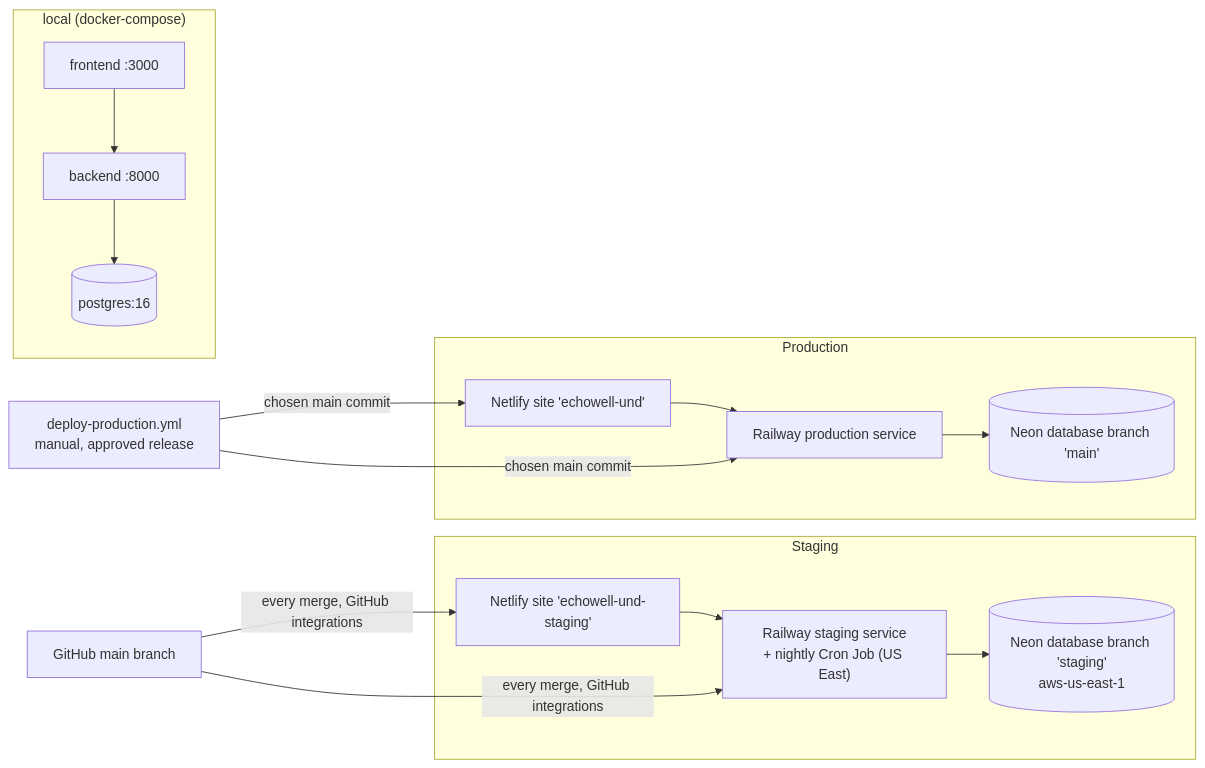
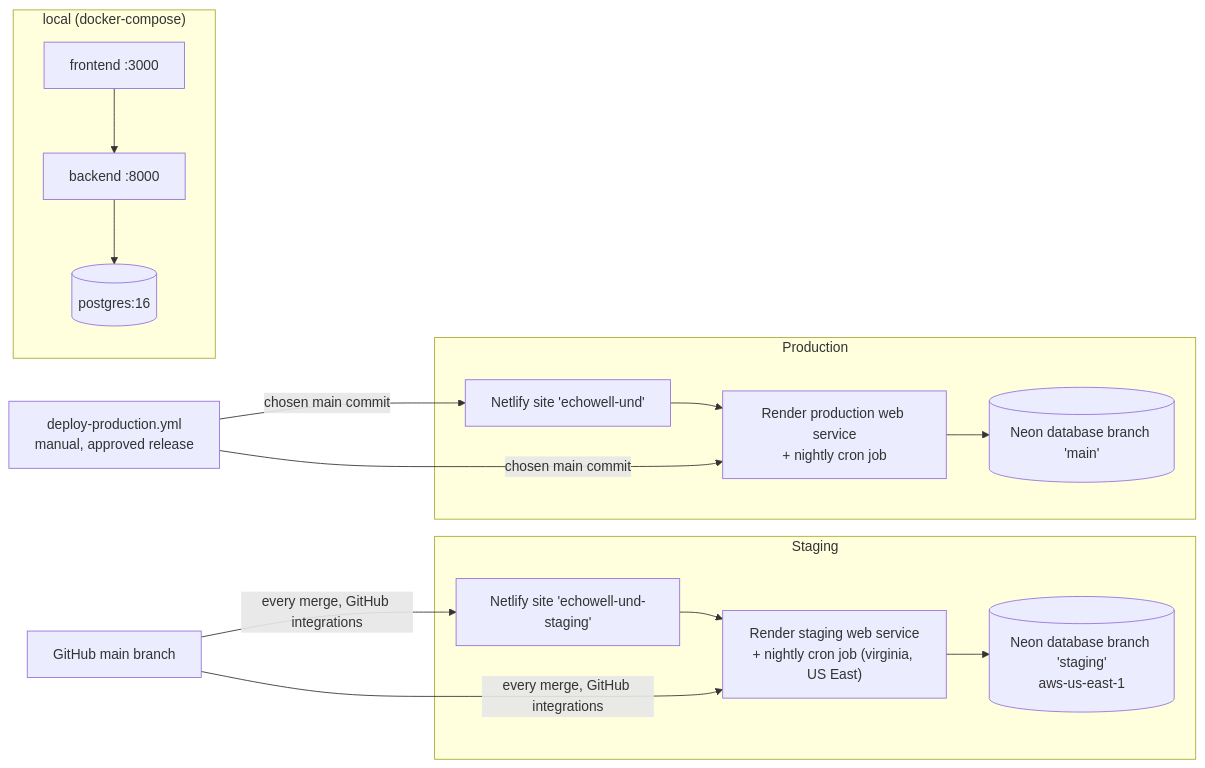
Before and after one commit to EchoWellApp/echowell: the sixth of 7 diagrams in specs/TRD/01_System_Architecture_TRD.md, drawn with Mermaid. The commit also changed other lines of this file and 60 other files, not shown here.

First line of the commit message:
docs(deploy): move the interim backend host from Railway to Render (D-153)

````diff
--- a/specs/TRD/01_System_Architecture_TRD.md
+++ b/specs/TRD/01_System_Architecture_TRD.md
@@ -341,14 +341,14 @@
 ```mermaid
 flowchart LR
     subgraph Local["local (docker-compose)"]
         LF["frontend :3000"] --> LB["backend :8000"] --> LP[("postgres:16")]
     end
     subgraph Staging
-        SF["Netlify site 'echowell-und-staging'"] --> SB["Railway staging service<br/>+ nightly Cron Job (US East)"] --> SP[("Neon database branch 'staging'<br/>aws-us-east-1")]
+        SF["Netlify site 'echowell-und-staging'"] --> SB["Render staging web service<br/>+ nightly cron job (virginia, US East)"] --> SP[("Neon database branch 'staging'<br/>aws-us-east-1")]
     end
     subgraph Production
-        PF["Netlify site 'echowell-und'"] --> PB["Railway production service"] --> PP[("Neon database branch 'main'")]
+        PF["Netlify site 'echowell-und'"] --> PB["Render production web service<br/>+ nightly cron job"] --> PP[("Neon database branch 'main'")]
     end
     GH["GitHub main branch"] -->|every merge, GitHub integrations| SF & SB
     REL["deploy-production.yml<br/>manual, approved release"] -->|chosen main commit| PF & PB
 ```
````
